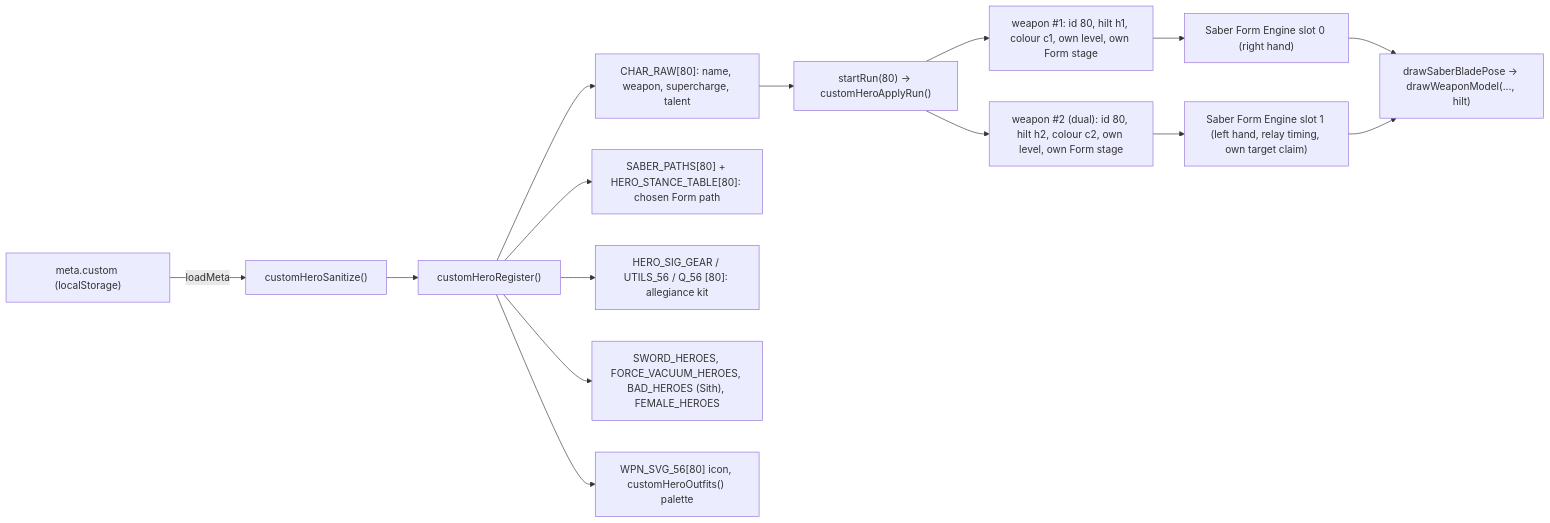
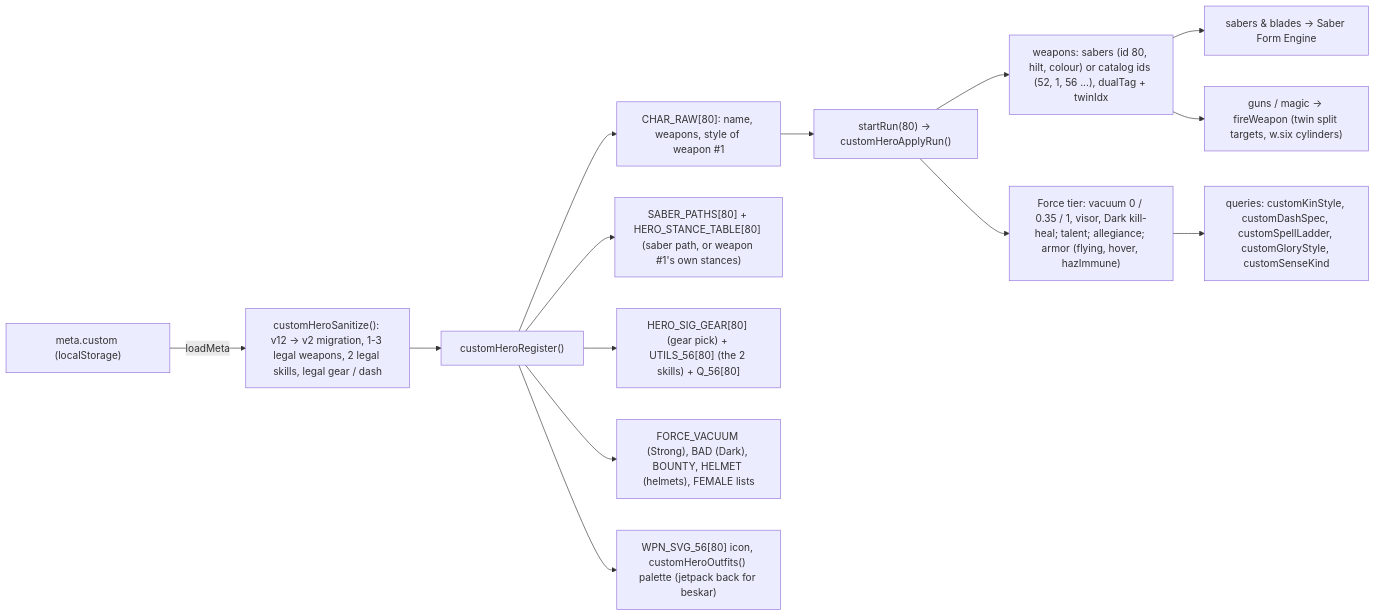
One commit to eric-automates/Omni-Shift-Nexus-Survivors changed the fourth of 7 diagrams in flowchart.md. Above: the diagram before and after it, drawn with Mermaid. The commit also changed other lines of this file and 3 other files, not shown here.

````diff
--- a/flowchart.md
+++ b/flowchart.md
@@ -172,17 +175,16 @@
 ```mermaid
 flowchart LR
-  D["meta.custom (localStorage)"] -->|loadMeta| S["customHeroSanitize()"]
+  D["meta.custom (localStorage)"] -->|loadMeta| S["customHeroSanitize(): v12 -> v2 migration, 1-3 legal weapons, 2 legal skills, legal gear / dash"]
   S --> REG["customHeroRegister()"]
-  REG --> C1["CHAR_RAW[80]: name, weapon, supercharge, talent"]
-  REG --> C2["SABER_PATHS[80] + HERO_STANCE_TABLE[80]: chosen Form path"]
-  REG --> C3["HERO_SIG_GEAR / UTILS_56 / Q_56 [80]: allegiance kit"]
-  REG --> C4["SWORD_HEROES, FORCE_VACUUM_HEROES, BAD_HEROES (Sith), FEMALE_HEROES"]
-  REG --> C5["WPN_SVG_56[80] icon, customHeroOutfits() palette"]
+  REG --> C1["CHAR_RAW[80]: name, weapons, style of weapon #1"]
+  REG --> C2["SABER_PATHS[80] + HERO_STANCE_TABLE[80] (saber path, or weapon #1's own stances)"]
+  REG --> C3["HERO_SIG_GEAR[80] (gear pick) + UTILS_56[80] (the 2 skills) + Q_56[80]"]
+  REG --> C4["FORCE_VACUUM (Strong), BAD (Dark), BOUNTY, HELMET (helmets), FEMALE lists"]
+  REG --> C5["WPN_SVG_56[80] icon, customHeroOutfits() palette (jetpack back for beskar)"]
   C1 --> RUN["startRun(80) -> customHeroApplyRun()"]
-  RUN --> W1["weapon #1: id 80, hilt h1, colour c1, own level, own Form stage"]
-  RUN --> W2["weapon #2 (dual): id 80, hilt h2, colour c2, own level, own Form stage"]
-  W1 --> ENG["Saber Form Engine slot 0 (right hand)"]
-  W2 --> ENG2["Saber Form Engine slot 1 (left hand, relay timing, own target claim)"]
-  ENG --> DRAW["drawSaberBladePose -> drawWeaponModel(..., hilt)"]
-  ENG2 --> DRAW
+  RUN --> W["weapons: sabers (id 80, hilt, colour) or catalog ids (52, 1, 56 ...), dualTag + twinIdx"]
+  RUN --> P["Force tier: vacuum 0 / 0.35 / 1, visor, Dark kill-heal; talent; allegiance; armor (flying, hover, hazImmune)"]
+  W --> ENG["sabers & blades -> Saber Form Engine"]
+  W --> GUN["guns / magic -> fireWeapon (twin split targets, w.six cylinders)"]
+  P --> Q["queries: customKinStyle, customDashSpec, customSpellLadder, customGloryStyle, customSenseKind"]
 ```
````
